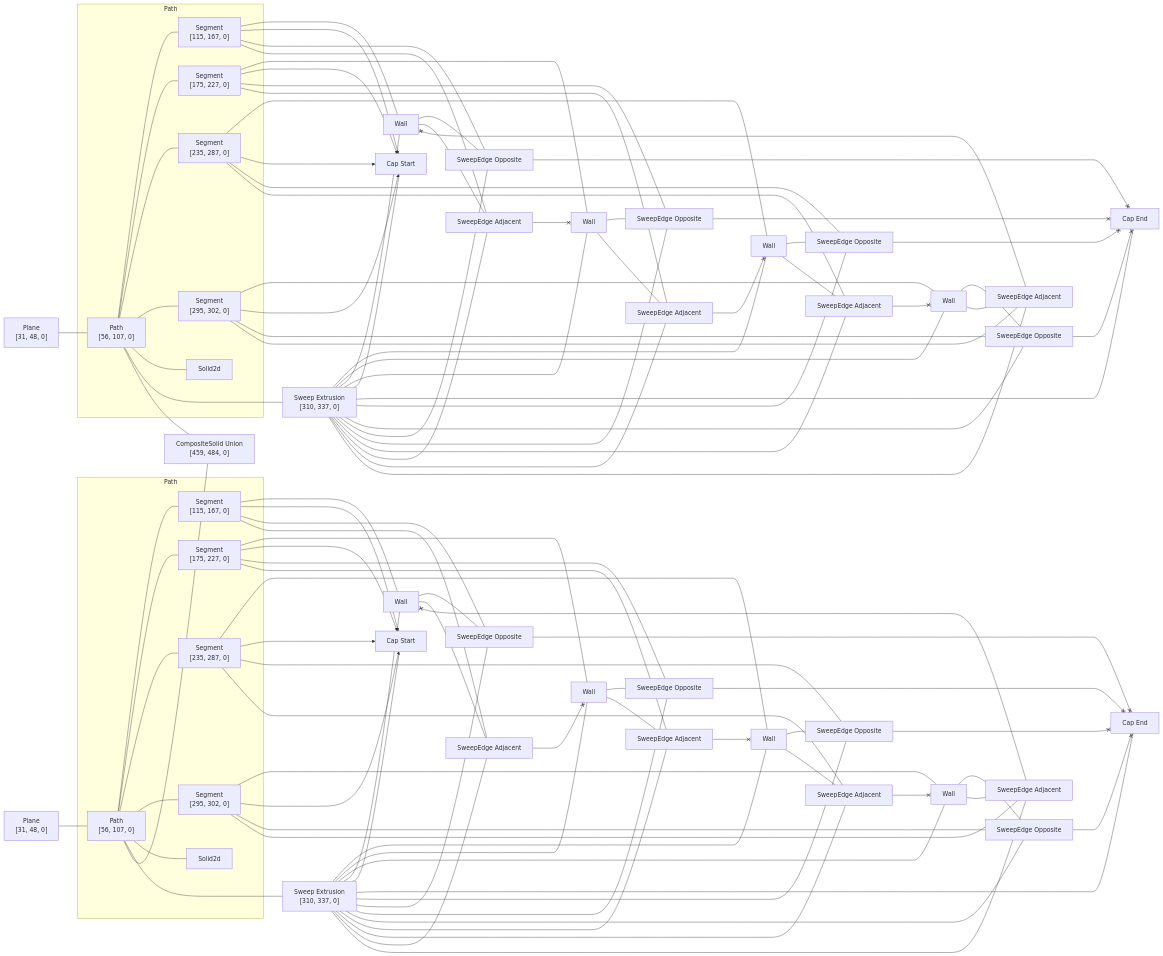
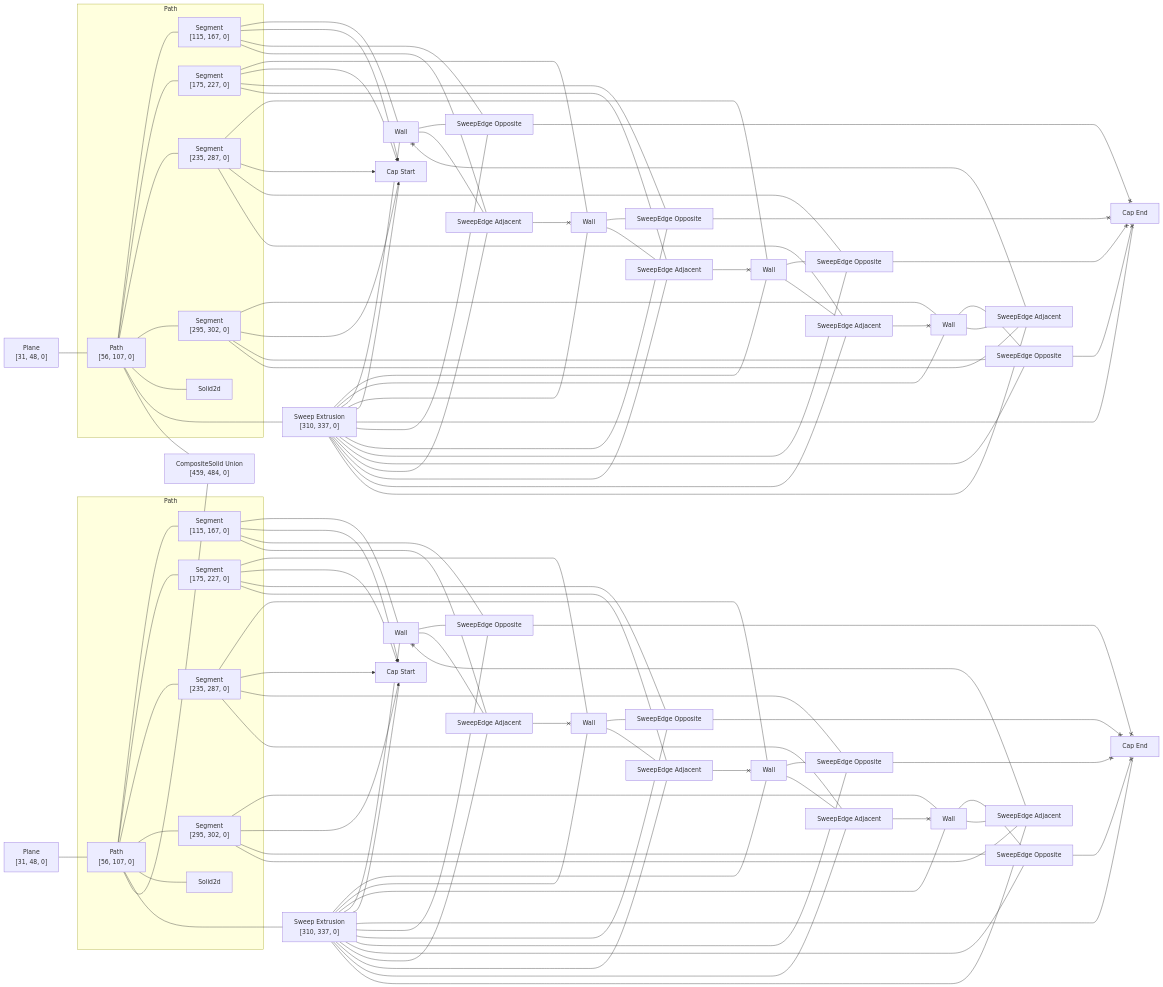
Before and after one commit to rajgandhi1/modeling-app: the diagram in rust/kcl-lib/tests/union_cubes/artifact_graph_flowchart.snap.md, drawn with Mermaid. The commit also changed 101 other files, not shown here.

```diff
--- a/rust/kcl-lib/tests/union_cubes/artifact_graph_flowchart.snap.md
+++ b/rust/kcl-lib/tests/union_cubes/artifact_graph_flowchart.snap.md
@@ -67,31 +67,31 @@
   4 --- 17
   5 --- 24
   5 x--> 26
-  5 --- 36
-  5 --- 43
+  5 --- 34
+  5 --- 42
   6 --- 21
   6 x--> 27
-  6 --- 31
-  6 --- 40
+  6 --- 30
+  6 --- 38
   7 --- 19
   7 x--> 27
-  7 --- 32
-  7 --- 38
+  7 --- 31
+  7 --- 39
   8 --- 25
   8 x--> 26
-  8 --- 37
-  8 --- 44
+  8 --- 35
+  8 --- 43
   9 --- 22
   9 x--> 26
-  9 --- 34
-  9 --- 42
+  9 --- 36
+  9 --- 44
   10 --- 18
   10 x--> 27
-  10 --- 30
-  10 --- 39
+  10 --- 32
+  10 --- 40
   11 --- 23
   11 x--> 26
-  11 --- 35
+  11 --- 37
   11 --- 45
   12 --- 20
   12 x--> 27
@@ -125,30 +125,30 @@
   16 --- 43
   16 --- 44
   16 --- 45
-  18 --- 30
-  38 <--x 18
-  18 --- 39
-  19 --- 32
-  19 --- 38
-  40 <--x 19
+  18 --- 32
+  39 <--x 18
+  18 --- 40
+  19 --- 31
+  38 <--x 19
+  19 --- 39
   20 --- 33
-  39 <--x 20
+  40 <--x 20
   20 --- 41
-  21 --- 31
-  21 --- 40
+  21 --- 30
+  21 --- 38
   41 <--x 21
-  22 --- 34
-  22 --- 42
-  44 <--x 22
-  23 --- 35
-  42 <--x 23
+  22 --- 36
+  43 <--x 22
+  22 --- 44
+  23 --- 37
+  44 <--x 23
   23 --- 45
-  24 --- 36
-  24 --- 43
+  24 --- 34
+  24 --- 42
   45 <--x 24
-  25 --- 37
-  43 <--x 25
-  25 --- 44
+  25 --- 35
+  42 <--x 25
+  25 --- 43
   34 <--x 28
   35 <--x 28
   36 <--x 28
```
